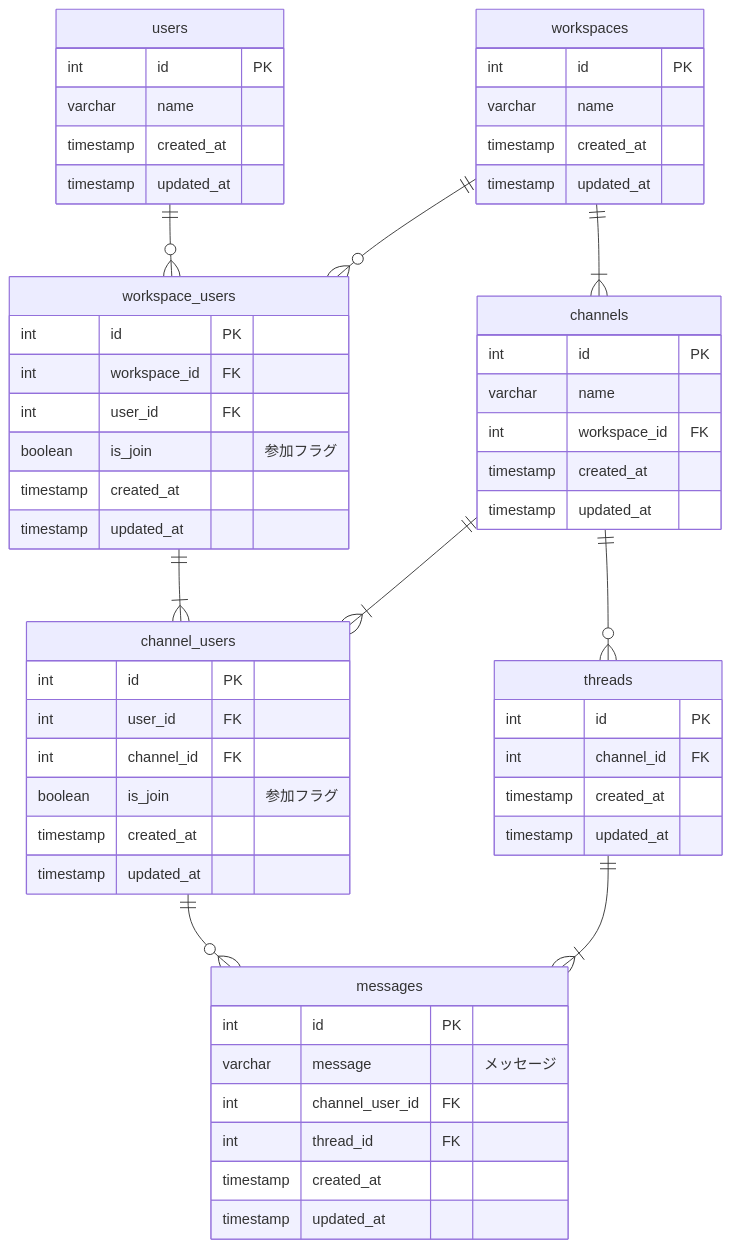
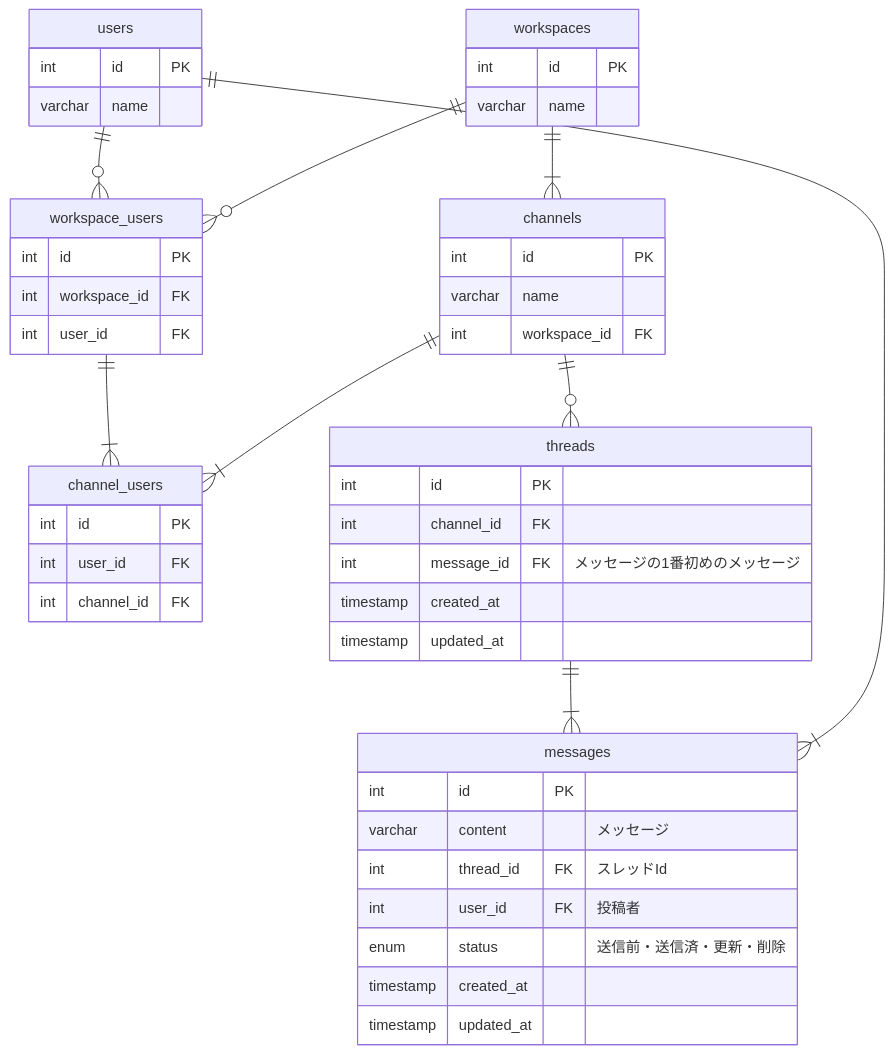
Before and after one commit to yaeok/PrAha_challenge: the diagram in database/modeling/002/challenge01.md, drawn with Mermaid. The commit also changed other lines of this file, not shown here.

Commit message:
ER図の設計を見直し、修正

````diff
--- a/database/modeling/002/challenge01.md
+++ b/database/modeling/002/challenge01.md
@@ -9,67 +14,57 @@
 ```mermaid
 erDiagram
     users ||--o{ workspace_users : ""
     workspaces ||--o{ workspace_users : ""
     workspaces ||--|{ channels : ""
     workspace_users ||--|{ channel_users : ""
     channels ||--|{ channel_users : ""
     channels ||--o{ threads : ""
     threads ||--|{ messages : ""
-    channel_users ||--o{ messages : ""
+    users ||--|{ messages : ""
 
     users {
         int id PK
         varchar name
-        timestamp created_at
-        timestamp updated_at
     }
 
     workspaces {
         int id PK
         varchar name
-        timestamp created_at
-        timestamp updated_at
     }
 
     workspace_users {
         int id PK
         int workspace_id FK
         int user_id FK
-        boolean is_join "参加フラグ"
-        timestamp created_at
-        timestamp updated_at
     }
 
     channels {
         int id PK
         varchar name
         int workspace_id FK
-        timestamp created_at
-        timestamp updated_at
     }
 
     channel_users {
         int id PK
         int user_id FK
         int channel_id FK
-        boolean is_join "参加フラグ"
-        timestamp created_at
-        timestamp updated_at
+    }
+
+    threads {
+      int id PK
+      int channel_id FK
+      int message_id FK "メッセージの1番初めのメッセージ"
+      timestamp created_at
+      timestamp updated_at
     }
 
     messages {
         int id PK
-        varchar message "メッセージ"
-        int channel_user_id FK
-        int thread_id FK
-        timestamp created_at
-        timestamp updated_at
-    }
-
-    threads {
-        int id PK
-        int channel_id FK
+        varchar content "メッセージ"
+        int thread_id FK "スレッドId"
+        int user_id FK "投稿者"
+        enum status "送信前・送信済・更新・削除"
         timestamp created_at
         timestamp updated_at
     }
 ```
````
